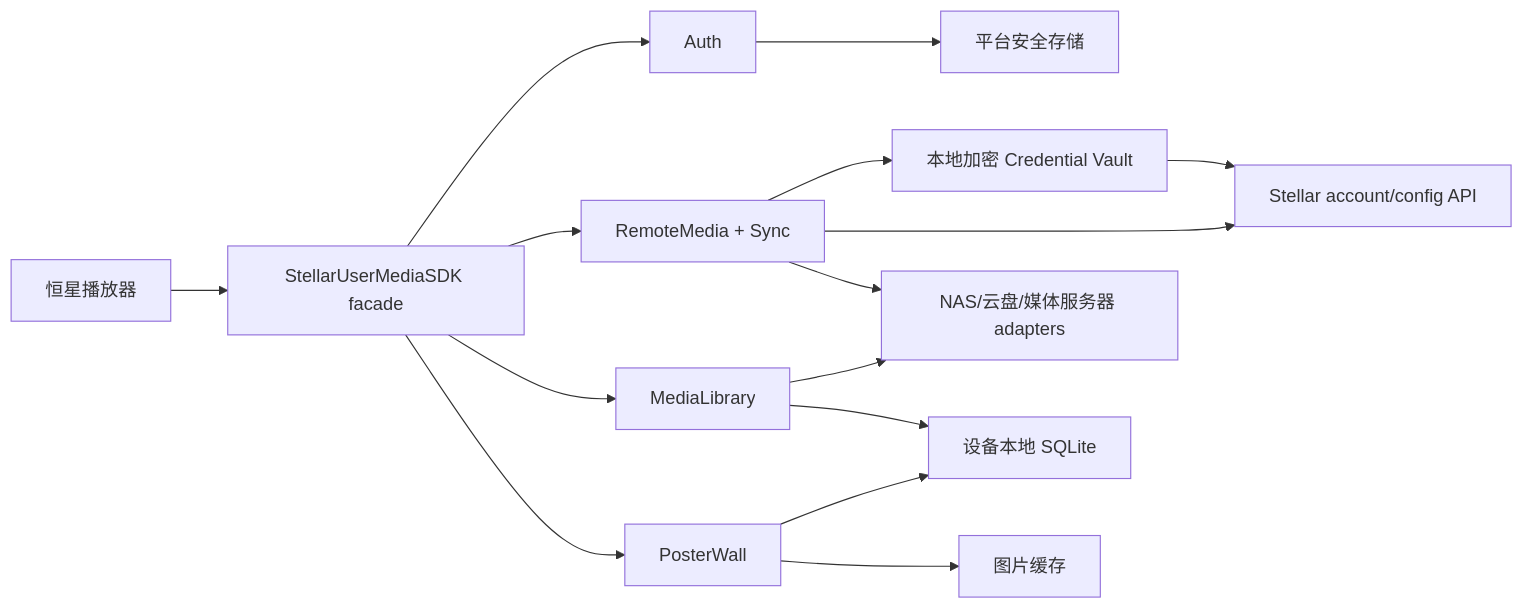
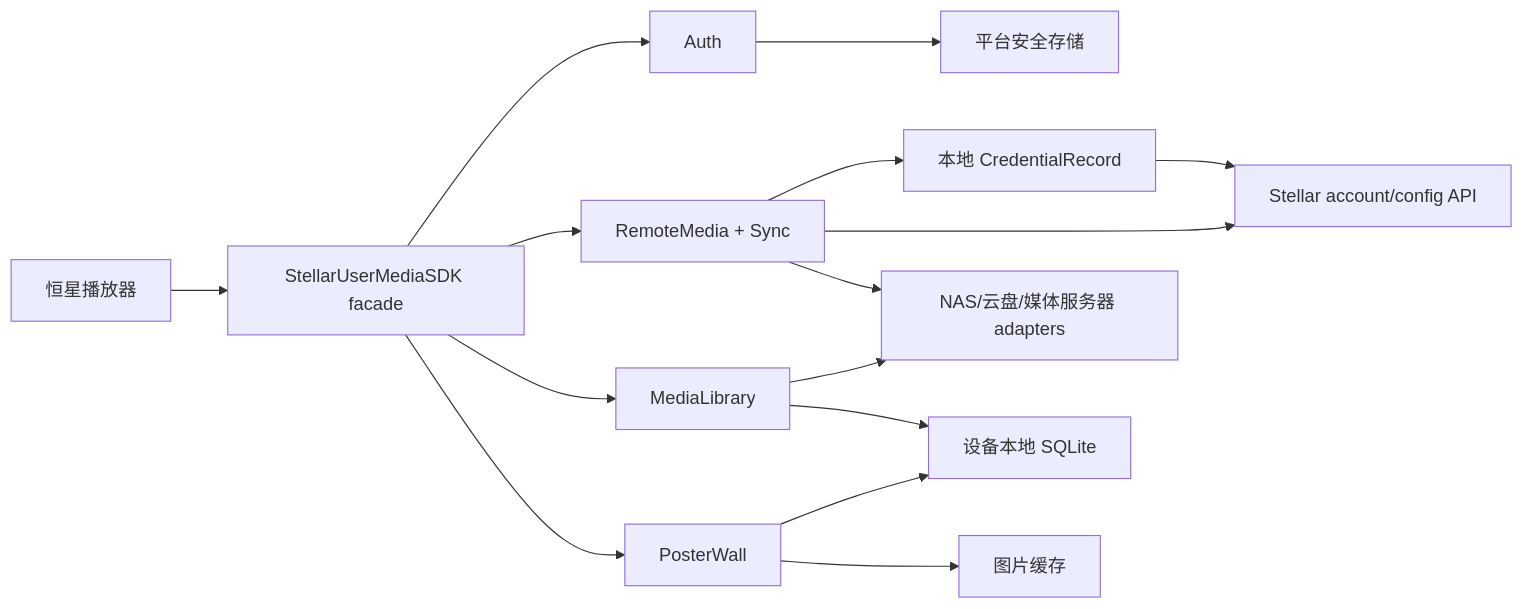
Before and after one commit to qietv/stellar-user-media-sdk: the diagram in README.md, drawn with Mermaid. The commit also changed other lines of this file and 31 other files, not shown here.

````diff
--- a/README.md
+++ b/README.md
@@ -28,17 +28,17 @@
 ```mermaid
 flowchart LR
     App["恒星播放器"] --> SDK["StellarUserMediaSDK facade"]
     SDK --> Auth["Auth"]
     SDK --> Config["RemoteMedia + Sync"]
     SDK --> Library["MediaLibrary"]
     SDK --> Wall["PosterWall"]
     Auth --> Secure["平台安全存储"]
-    Config --> Vault["本地加密 Credential Vault"]
+    Config --> Credential["本地 CredentialRecord"]
     Config --> API["Stellar account/config API"]
-    Vault --> API
+    Credential --> API
     Config --> Adapters["NAS/云盘/媒体服务器 adapters"]
     Library --> Adapters
     Library --> SQLite["设备本地 SQLite"]
     Wall --> SQLite
     Wall --> Artwork["图片缓存"]
 ```
````
